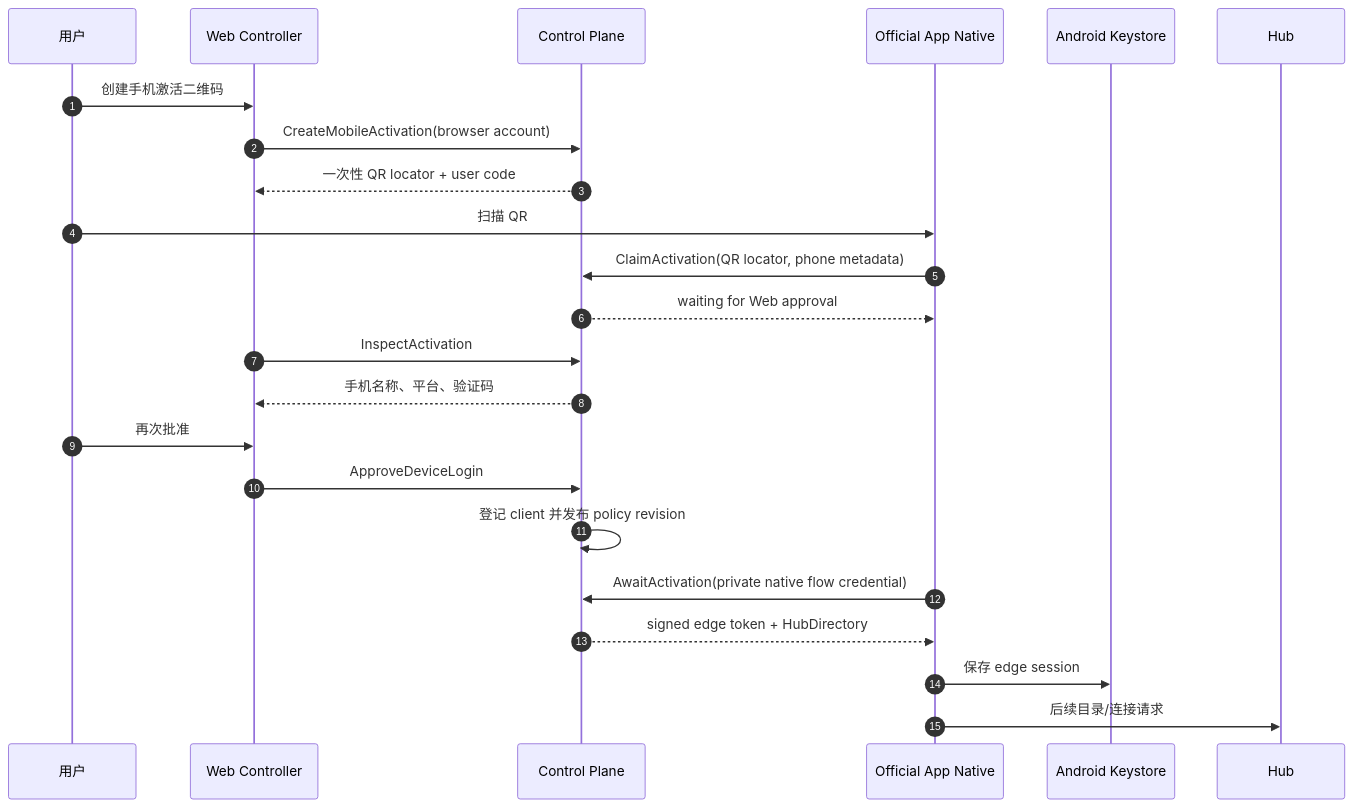
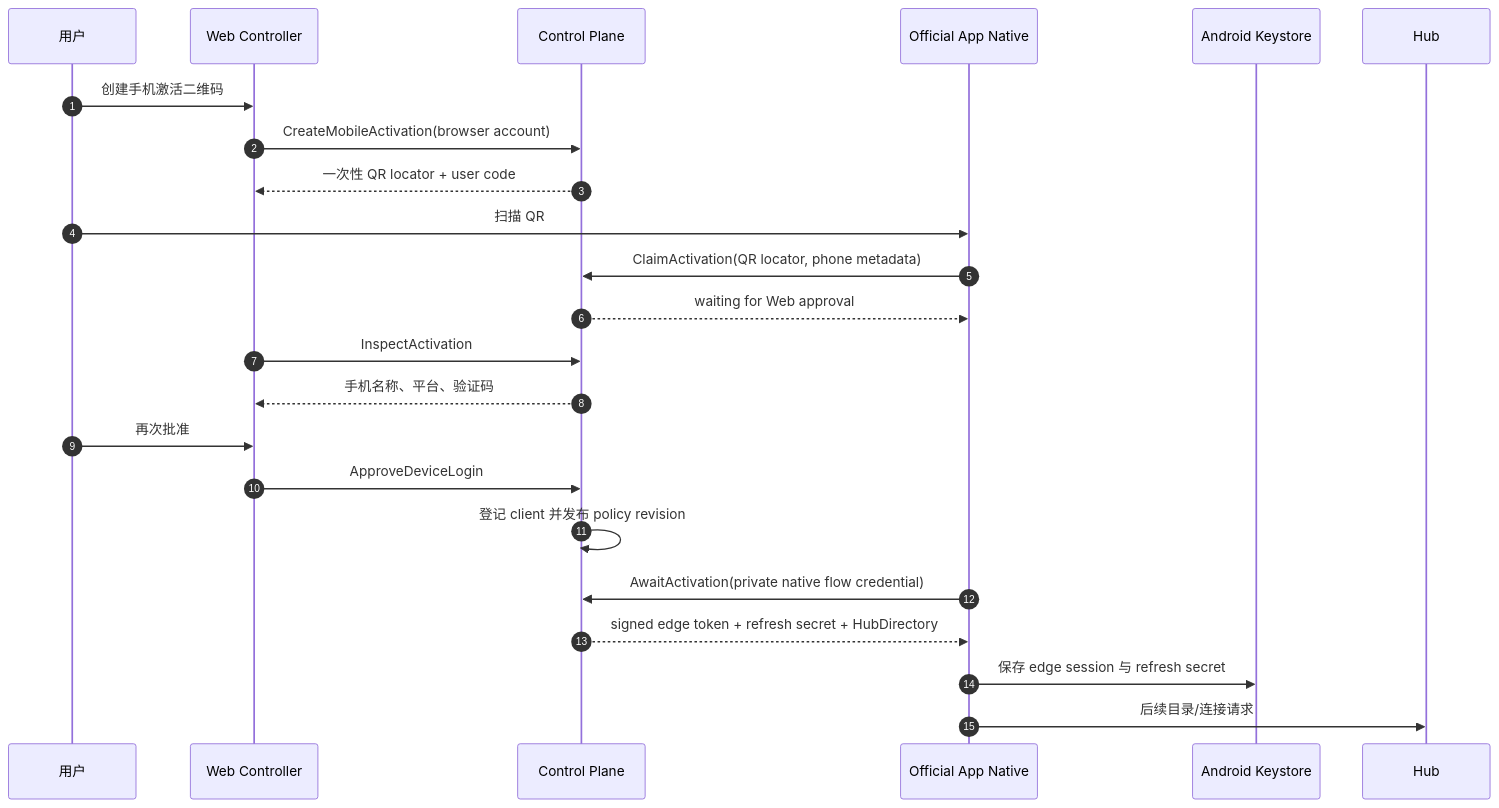
Before and after one commit to lozzo/termx: the second of 10 diagrams in docs/remote-platform/cloud-end-to-end-swimlanes.md, drawn with Mermaid. The commit also changed other lines of this file and 65 other files, not shown here.

````diff
--- a/docs/remote-platform/cloud-end-to-end-swimlanes.md
+++ b/docs/remote-platform/cloud-end-to-end-swimlanes.md
@@ -82,26 +82,26 @@
 ```mermaid
 sequenceDiagram
     autonumber
     participant U as 用户
     participant W as Web Controller
     participant CP as Control Plane
     participant A as Official App Native
     participant KS as Android Keystore
     participant H as Hub
 
     U->>W: 创建手机激活二维码
     W->>CP: CreateMobileActivation(browser account)
     CP-->>W: 一次性 QR locator + user code
     U->>A: 扫描 QR
     A->>CP: ClaimActivation(QR locator, phone metadata)
     CP-->>A: waiting for Web approval
     W->>CP: InspectActivation
     CP-->>W: 手机名称、平台、验证码
     U->>W: 再次批准
     W->>CP: ApproveDeviceLogin
     CP->>CP: 登记 client 并发布 policy revision
     A->>CP: AwaitActivation(private native flow credential)
-    CP-->>A: signed edge token + HubDirectory
-    A->>KS: 保存 edge session
+    CP-->>A: signed edge token + refresh secret + HubDirectory
+    A->>KS: 保存 edge session 与 refresh secret
     A->>H: 后续目录/连接请求
 ```
````
